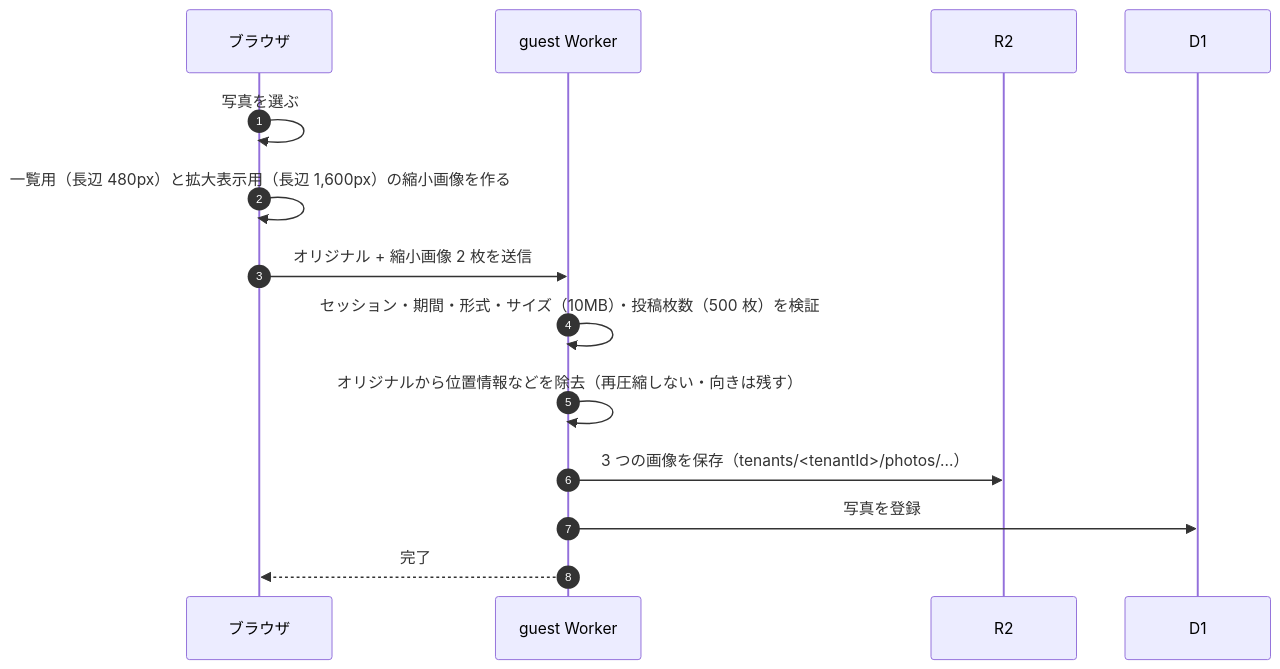
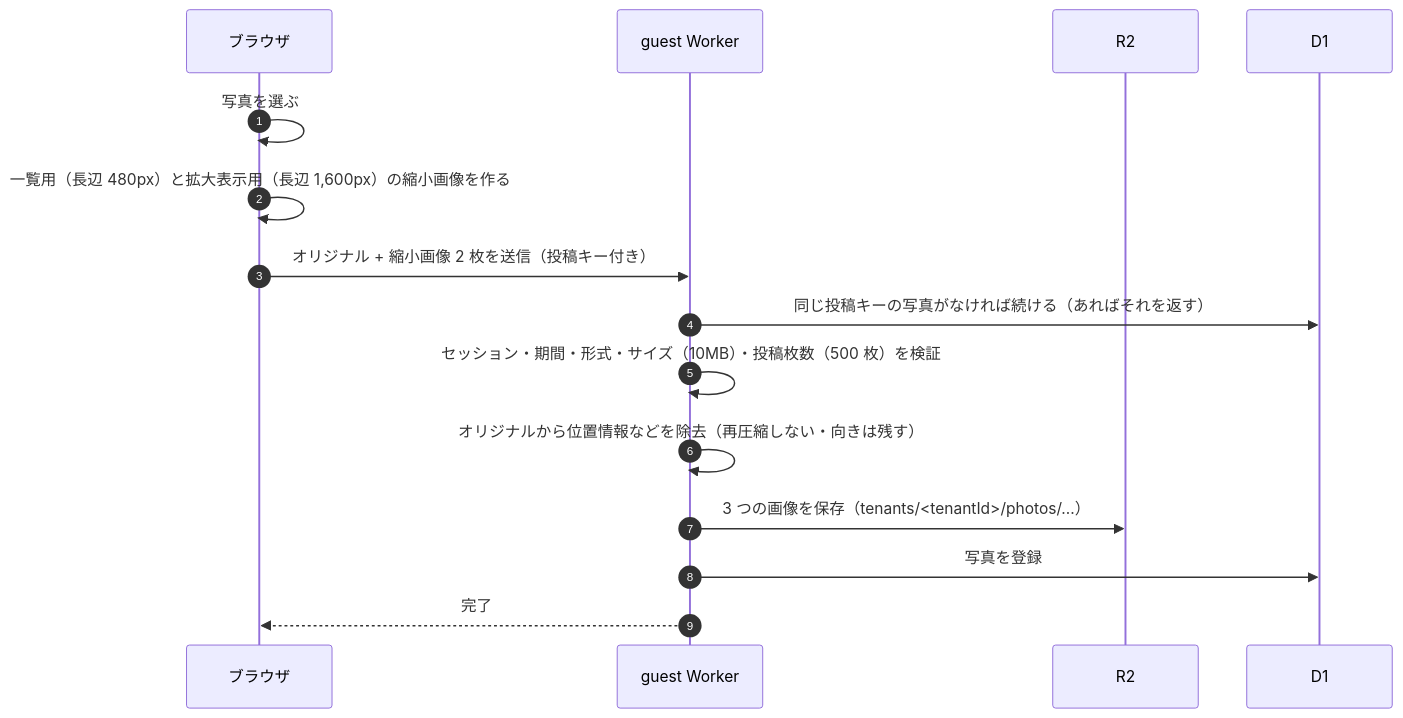
The third of 3 diagrams in docs/design/architecture.md (Nagomu0128/would-you-marry.me), drawn with Mermaid before and after one commit. The commit also changed other lines of this file and 13 other files, not shown here.

````diff
--- a/docs/design/architecture.md
+++ b/docs/design/architecture.md
@@ -219,16 +219,17 @@
 ```mermaid
 sequenceDiagram
     autonumber
     participant B as ブラウザ
     participant W as guest Worker
     participant R as R2
     participant D as D1
     B->>B: 写真を選ぶ
     B->>B: 一覧用（長辺 480px）と拡大表示用（長辺 1,600px）の縮小画像を作る
-    B->>W: オリジナル + 縮小画像 2 枚を送信
+    B->>W: オリジナル + 縮小画像 2 枚を送信（投稿キー付き）
+    W->>D: 同じ投稿キーの写真がなければ続ける（あればそれを返す）
     W->>W: セッション・期間・形式・サイズ（10MB）・投稿枚数（500 枚）を検証
     W->>W: オリジナルから位置情報などを除去（再圧縮しない・向きは残す）
     W->>R: 3 つの画像を保存（tenants/<tenantId>/photos/...）
     W->>D: 写真を登録
     W-->>B: 完了
 ```
````
